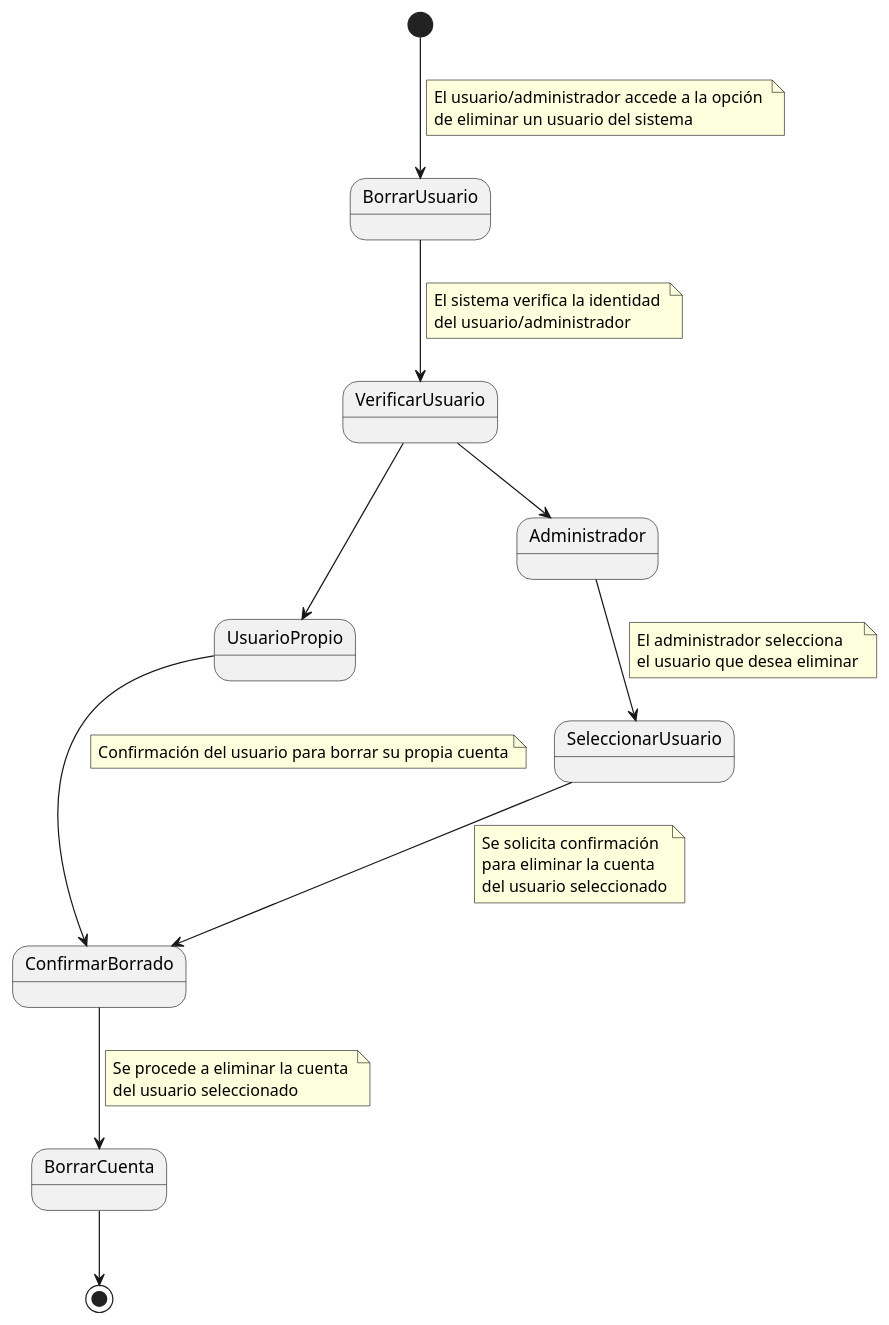
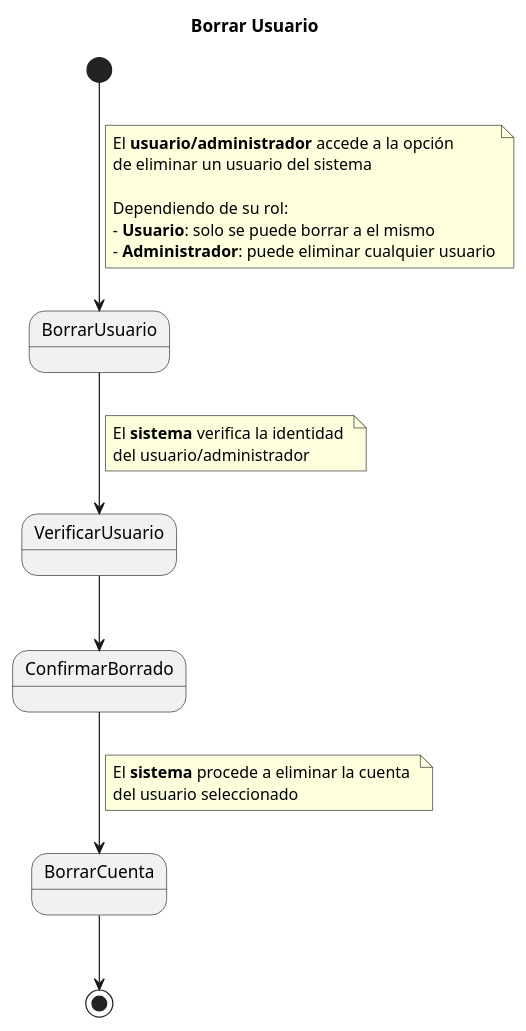
The diagram in CasosDeUso/CduDetallados/CduUsuarios/BorrarUsuario.puml (pablarce/23-24-IdSw1-SDR), drawn with PlantUML before and after one commit. The commit also changed 3 other files, not shown here.

Commit message:
Cambios CDU BorrarUsuario

```diff
--- a/CasosDeUso/CduDetallados/CduUsuarios/BorrarUsuario.puml
+++ b/CasosDeUso/CduDetallados/CduUsuarios/BorrarUsuario.puml
@@ -1,44 +1,30 @@
 @startuml
+title Borrar Usuario
 
 [*] --> BorrarUsuario
 note right on link
- El usuario/administrador accede a la opción 
+ El **usuario/administrador** accede a la opción 
  de eliminar un usuario del sistema
+
+ Dependiendo de su rol: 
+ - **Usuario**: solo se puede borrar a el mismo 
+ - **Administrador**: puede eliminar cualquier usuario
 end note
 
 BorrarUsuario --> VerificarUsuario
 note right on link
- El sistema verifica la identidad 
+ El **sistema** verifica la identidad 
  del usuario/administrador
 end note
 
-VerificarUsuario --> UsuarioPropio
-VerificarUsuario --> Administrador
-
-UsuarioPropio --> ConfirmarBorrado 
-note right on link
- Confirmación del usuario para borrar su propia cuenta
-end note
-
-Administrador --> SeleccionarUsuario 
-note right on link
- El administrador selecciona 
- el usuario que desea eliminar
-end note
-
-SeleccionarUsuario --> ConfirmarBorrado
-note right on link
- Se solicita confirmación 
- para eliminar la cuenta 
- del usuario seleccionado
-end note
+VerificarUsuario --> ConfirmarBorrado
 
 ConfirmarBorrado --> BorrarCuenta
 note right on link
- Se procede a eliminar la cuenta 
+ El **sistema** procede a eliminar la cuenta 
  del usuario seleccionado
 end note
 
 BorrarCuenta --> [*] 
 
 @enduml
```
